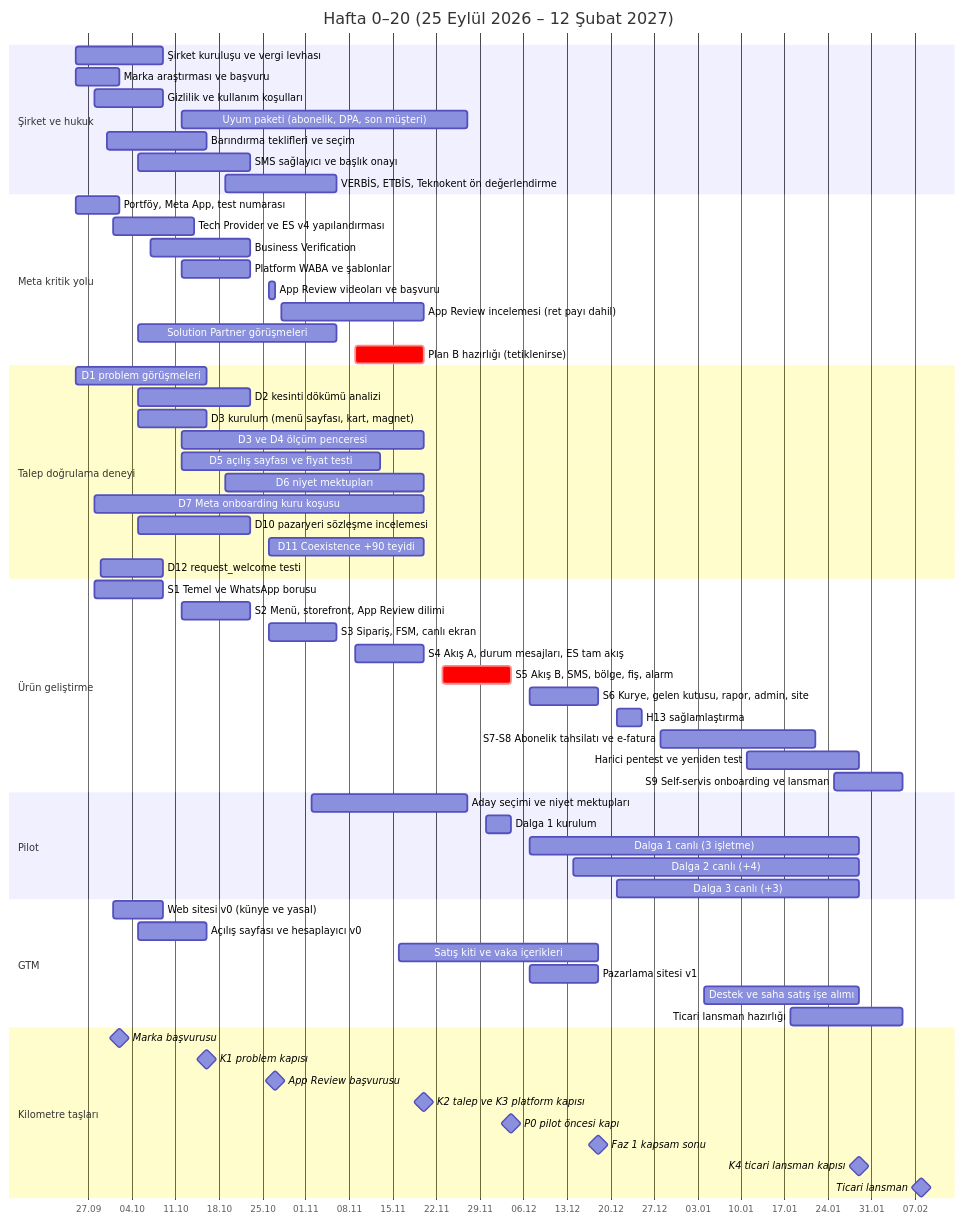
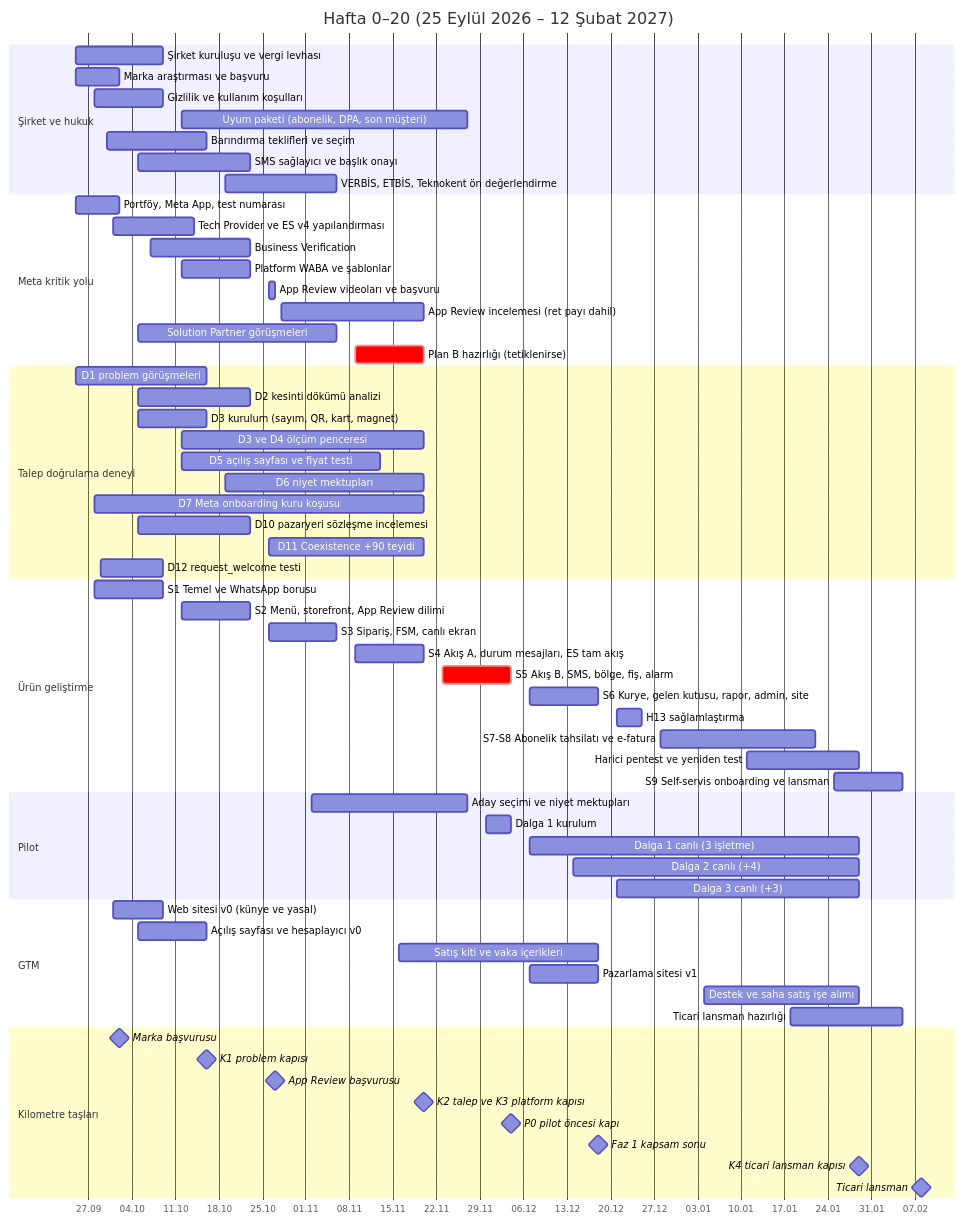
One commit to eraycaylak/siparisinonunde changed the first of 3 diagrams in docs/09-yol-haritasi-ve-sprint-plani.md. Above: the diagram before and after it, drawn with Mermaid. The commit also changed other lines of this file and 5 other files, not shown here.

````diff
--- a/docs/09-yol-haritasi-ve-sprint-plani.md
+++ b/docs/09-yol-haritasi-ve-sprint-plani.md
@@ -60,67 +60,67 @@
 ```mermaid
 gantt
     title Hafta 0–20 (25 Eylül 2026 – 12 Şubat 2027)
     dateFormat YYYY-MM-DD
     axisFormat %d.%m
     section Şirket ve hukuk
     Şirket kuruluşu ve vergi levhası          :hk1, 2026-09-25, 2026-10-09
     Marka araştırması ve başvuru               :hk2, 2026-09-25, 2026-10-02
     Gizlilik ve kullanım koşulları             :hk3, 2026-09-28, 2026-10-09
     Uyum paketi (abonelik, DPA, son müşteri)   :hk5, 2026-10-12, 2026-11-27
     Barındırma teklifleri ve seçim             :hk6, 2026-09-30, 2026-10-16
     SMS sağlayıcı ve başlık onayı              :hk7, 2026-10-05, 2026-10-23
     VERBİS, ETBİS, Teknokent ön değerlendirme  :hk8, 2026-10-19, 2026-11-06
     section Meta kritik yolu
     Portföy, Meta App, test numarası           :m1, 2026-09-25, 2026-10-02
     Tech Provider ve ES v4 yapılandırması      :m2, 2026-10-01, 2026-10-14
     Business Verification                      :m3, 2026-10-07, 2026-10-23
     Platform WABA ve şablonlar                 :m4, 2026-10-12, 2026-10-23
     App Review videoları ve başvuru            :m5, 2026-10-26, 2026-10-27
     App Review incelemesi (ret payı dahil)     :m6, 2026-10-28, 2026-11-20
     Solution Partner görüşmeleri               :m7, 2026-10-05, 2026-11-06
     Plan B hazırlığı (tetiklenirse)            :crit, m8, 2026-11-09, 2026-11-20
     section Talep doğrulama deneyi
     D1 problem görüşmeleri                     :d1, 2026-09-25, 2026-10-16
     D2 kesinti dökümü analizi                  :d2, 2026-10-05, 2026-10-23
-    D3 kurulum (menü sayfası, kart, magnet)    :d3a, 2026-10-05, 2026-10-16
+    D3 kurulum (sayım, QR, kart, magnet)       :d3a, 2026-10-05, 2026-10-16
     D3 ve D4 ölçüm penceresi                   :d3b, 2026-10-12, 2026-11-20
     D5 açılış sayfası ve fiyat testi           :d5, 2026-10-12, 2026-11-13
     D6 niyet mektupları                        :d6, 2026-10-19, 2026-11-20
     D7 Meta onboarding kuru koşusu             :d7, 2026-09-28, 2026-11-20
     D10 pazaryeri sözleşme incelemesi          :d10, 2026-10-05, 2026-10-23
     D11 Coexistence +90 teyidi                 :d11, 2026-10-26, 2026-11-20
     D12 request_welcome testi                  :d12, 2026-09-29, 2026-10-09
     section Ürün geliştirme
     S1 Temel ve WhatsApp borusu                :s1, 2026-09-28, 2026-10-09
     S2 Menü, storefront, App Review dilimi     :s2, 2026-10-12, 2026-10-23
     S3 Sipariş, FSM, canlı ekran               :s3, 2026-10-26, 2026-11-06
     S4 Akış A, durum mesajları, ES tam akış    :s4, 2026-11-09, 2026-11-20
     S5 Akış B, SMS, bölge, fiş, alarm          :crit, s5, 2026-11-23, 2026-12-04
     S6 Kurye, gelen kutusu, rapor, admin, site :s6, 2026-12-07, 2026-12-18
     H13 sağlamlaştırma                         :s6b, 2026-12-21, 2026-12-25
     S7-S8 Abonelik tahsilatı ve e-fatura       :s7, 2026-12-28, 2027-01-22
     Harici pentest ve yeniden test             :s8, 2027-01-11, 2027-01-29
     S9 Self-servis onboarding ve lansman       :s9, 2027-01-25, 2027-02-05
     section Pilot
     Aday seçimi ve niyet mektupları            :p1, 2026-11-02, 2026-11-27
     Dalga 1 kurulum                            :p2, 2026-11-30, 2026-12-04
     Dalga 1 canlı (3 işletme)                  :p3, 2026-12-07, 2027-01-29
     Dalga 2 canlı (+4)                         :p4, 2026-12-14, 2027-01-29
     Dalga 3 canlı (+3)                         :p5, 2026-12-21, 2027-01-29
     section GTM
     Web sitesi v0 (künye ve yasal)             :g1, 2026-10-01, 2026-10-09
     Açılış sayfası ve hesaplayıcı v0           :g2, 2026-10-05, 2026-10-16
     Satış kiti ve vaka içerikleri              :g3, 2026-11-16, 2026-12-18
     Pazarlama sitesi v1                        :g4, 2026-12-07, 2026-12-18
     Destek ve saha satış işe alımı             :g5, 2027-01-04, 2027-01-29
     Ticari lansman hazırlığı                   :g6, 2027-01-18, 2027-02-05
     section Kilometre taşları
     Marka başvurusu                            :milestone, k0, 2026-10-02, 0d
     K1 problem kapısı                          :milestone, k1, 2026-10-16, 0d
     App Review başvurusu                       :milestone, k1b, 2026-10-27, 0d
     K2 talep ve K3 platform kapısı             :milestone, k2, 2026-11-20, 0d
     P0 pilot öncesi kapı                       :milestone, k3, 2026-12-04, 0d
     Faz 1 kapsam sonu                          :milestone, k4, 2026-12-18, 0d
     K4 ticari lansman kapısı                   :milestone, k5, 2027-01-29, 0d
     Ticari lansman                             :milestone, k6, 2027-02-08, 0d
 ```
````
